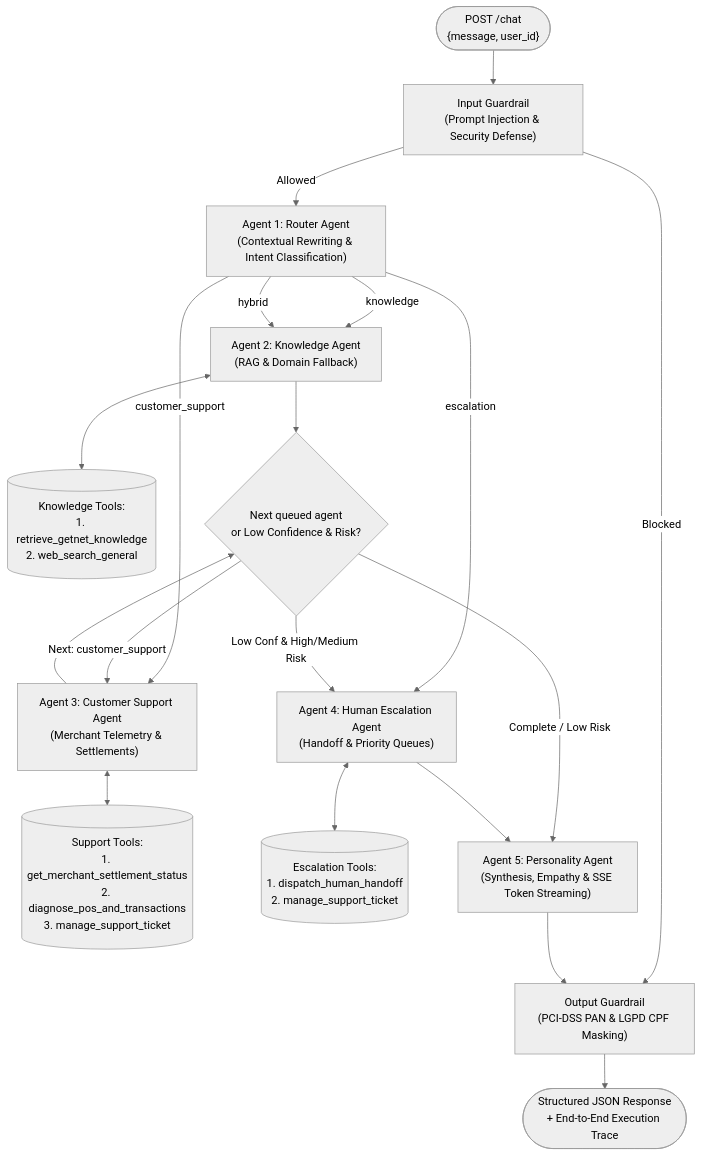
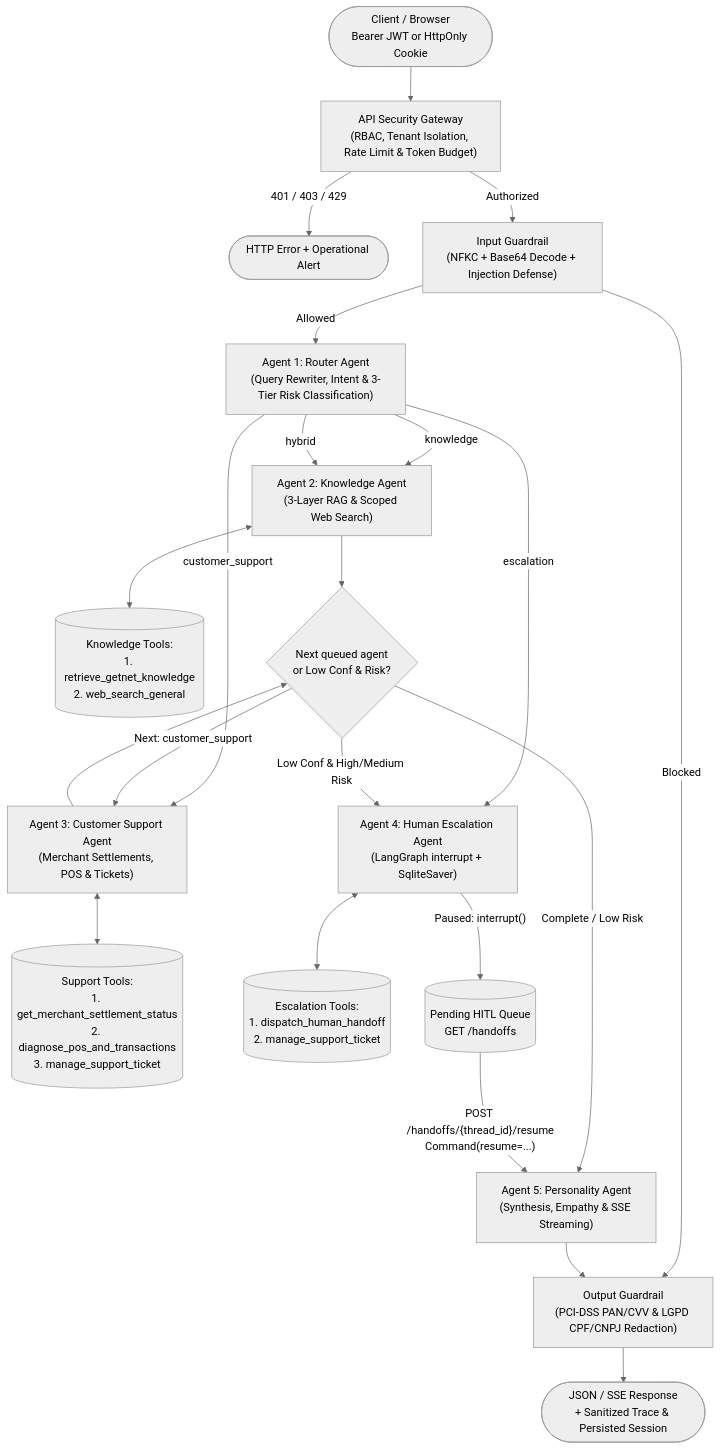
The first of 2 diagrams in README.md (FelipeBebas/getnet-multi-agent-support), drawn with Mermaid (neutral theme) before and after one commit. The commit also changed other lines of this file, not shown here.

Commit message:
docs(readme): rewrite documentation for v2 RBAC, Ragas evals, and HITL architecture

````diff
--- a/README.md
+++ b/README.md
@@ -31,26 +46,31 @@
 ```mermaid
 flowchart TD
-    User(["POST /chat\n{message, user_id}"]) --> InGuard["Input Guardrail\n(Prompt Injection & Security Defense)"]
-    InGuard -- "Blocked" --> OutGuard["Output Guardrail\n(PCI-DSS PAN & LGPD CPF Masking)"]
-    InGuard -- "Allowed" --> Router["Agent 1: Router Agent\n(Contextual Rewriting & Intent Classification)"]
+    User(["Client / Browser\nBearer JWT or HttpOnly Cookie"]) --> Gateway["API Security Gateway\n(RBAC, Tenant Isolation, Rate Limit & Token Budget)"]
+    Gateway -- "401 / 403 / 429" --> Reject(["HTTP Error + Operational Alert"])
+    Gateway -- "Authorized" --> InGuard["Input Guardrail\n(NFKC + Base64 Decode + Injection Defense)"]
 
-    Router -- "knowledge" --> Knowledge["Agent 2: Knowledge Agent\n(RAG & Domain Fallback)"]
-    Router -- "customer_support" --> Support["Agent 3: Customer Support Agent\n(Merchant Telemetry & Settlements)"]
-    Router -- "escalation" --> Escalation["Agent 4: Human Escalation Agent\n(Handoff & Priority Queues)"]
+    InGuard -- "Blocked" --> OutGuard["Output Guardrail\n(PCI-DSS PAN/CVV & LGPD CPF/CNPJ Redaction)"]
+    InGuard -- "Allowed" --> Router["Agent 1: Router Agent\n(Query Rewriter, Intent & 3-Tier Risk Classification)"]
+
+    Router -- "knowledge" --> Knowledge["Agent 2: Knowledge Agent\n(3-Layer RAG & Scoped Web Search)"]
+    Router -- "customer_support" --> Support["Agent 3: Customer Support Agent\n(Merchant Settlements, POS & Tickets)"]
+    Router -- "escalation" --> Escalation["Agent 4: Human Escalation Agent\n(LangGraph interrupt + SqliteSaver)"]
     Router -- "hybrid" --> Knowledge
 
     Knowledge <--> KTools[("Knowledge Tools:\n1. retrieve_getnet_knowledge\n2. web_search_general")]
     Support <--> STools[("Support Tools:\n1. get_merchant_settlement_status\n2. diagnose_pos_and_transactions\n3. manage_support_ticket")]
     Escalation <--> ETools[("Escalation Tools:\n1. dispatch_human_handoff\n2. manage_support_ticket")]
 
-    Knowledge --> QueueGate{"Next queued agent\nor Low Confidence & Risk?"}
+    Knowledge --> QueueGate{"Next queued agent\nor Low Conf & Risk?"}
     Support --> QueueGate
 
     QueueGate -- "Next: customer_support" --> Support
     QueueGate -- "Low Conf & High/Medium Risk" --> Escalation
-    QueueGate -- "Complete / Low Risk" --> Personality["Agent 5: Personality Agent\n(Synthesis, Empathy & SSE Token Streaming)"]
+    QueueGate -- "Complete / Low Risk" --> Personality["Agent 5: Personality Agent\n(Synthesis, Empathy & SSE Streaming)"]
 
-    Escalation --> Personality
+    Escalation -- "Paused: interrupt()" --> Checkpoint[("Pending HITL Queue\nGET /handoffs")]
+    Checkpoint -- "POST /handoffs/{thread_id}/resume\nCommand(resume=...)" --> Personality
+
     Personality --> OutGuard
-    OutGuard --> Final(["Structured JSON Response\n+ End-to-End Execution Trace"])
+    OutGuard --> Final(["JSON / SSE Response\n+ Sanitized Trace & Persisted Session"])
 ```
````
